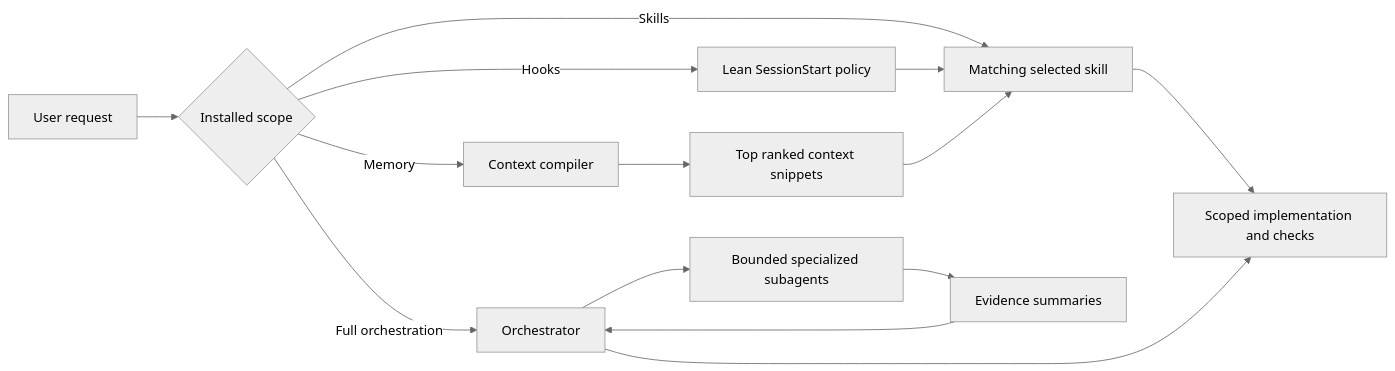
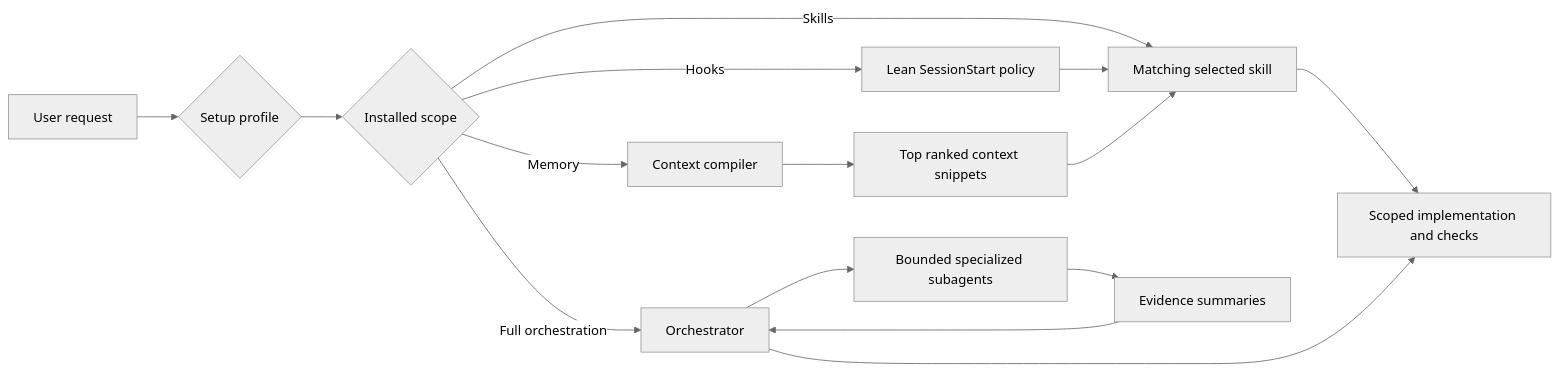
The first of 2 diagrams in README.md (AshenDulsanka/agent-arche), drawn with Mermaid (neutral theme) before and after one commit. The commit also changed other lines of this file and 2 other files, not shown here.

Commit message:
docs: document commerce stack setup

````diff
--- a/README.md
+++ b/README.md
@@ -61,16 +68,17 @@
 ```mermaid
 flowchart LR
-    A[User request] --> B{Installed scope}
+    A[User request] --> P{Setup profile}
+    P --> B{Installed scope}
     B -->|Skills| C[Matching selected skill]
     B -->|Hooks| D[Lean SessionStart policy]
     B -->|Memory| E[Context compiler]
     B -->|Full orchestration| F[Orchestrator]
     D --> C
     E --> G[Top ranked context snippets]
     G --> C
     F --> H[Bounded specialized subagents]
     H --> I[Evidence summaries]
     I --> F
     C --> J[Scoped implementation and checks]
     F --> J
 ```
````
